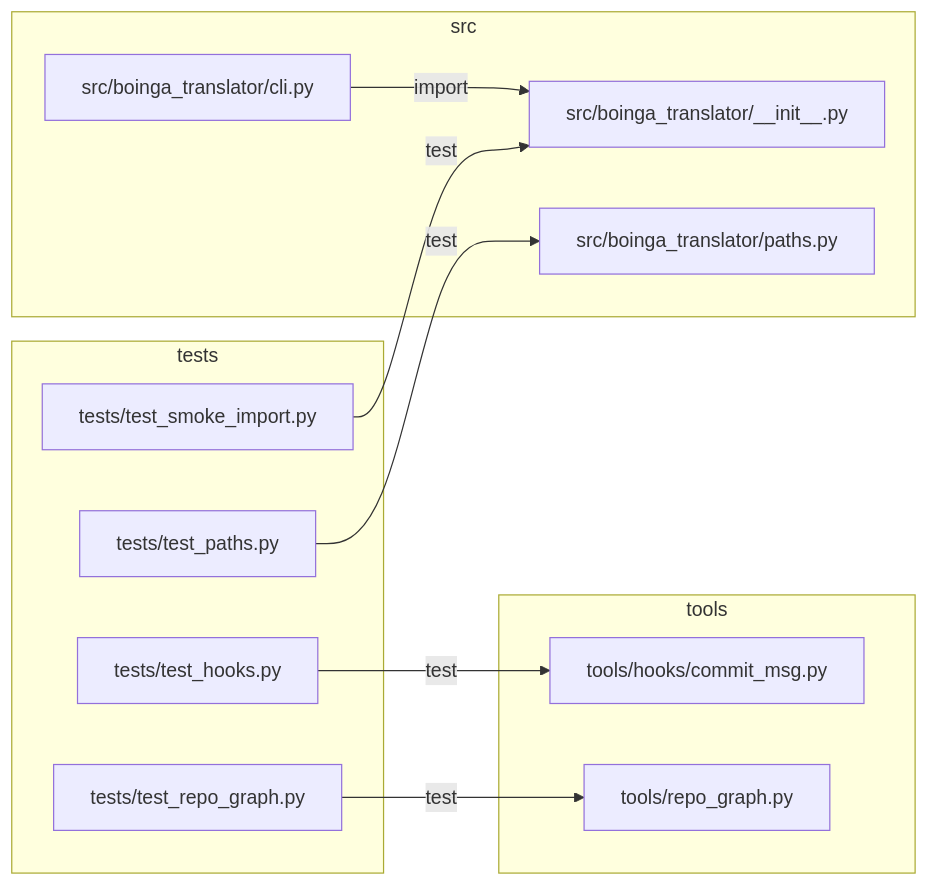
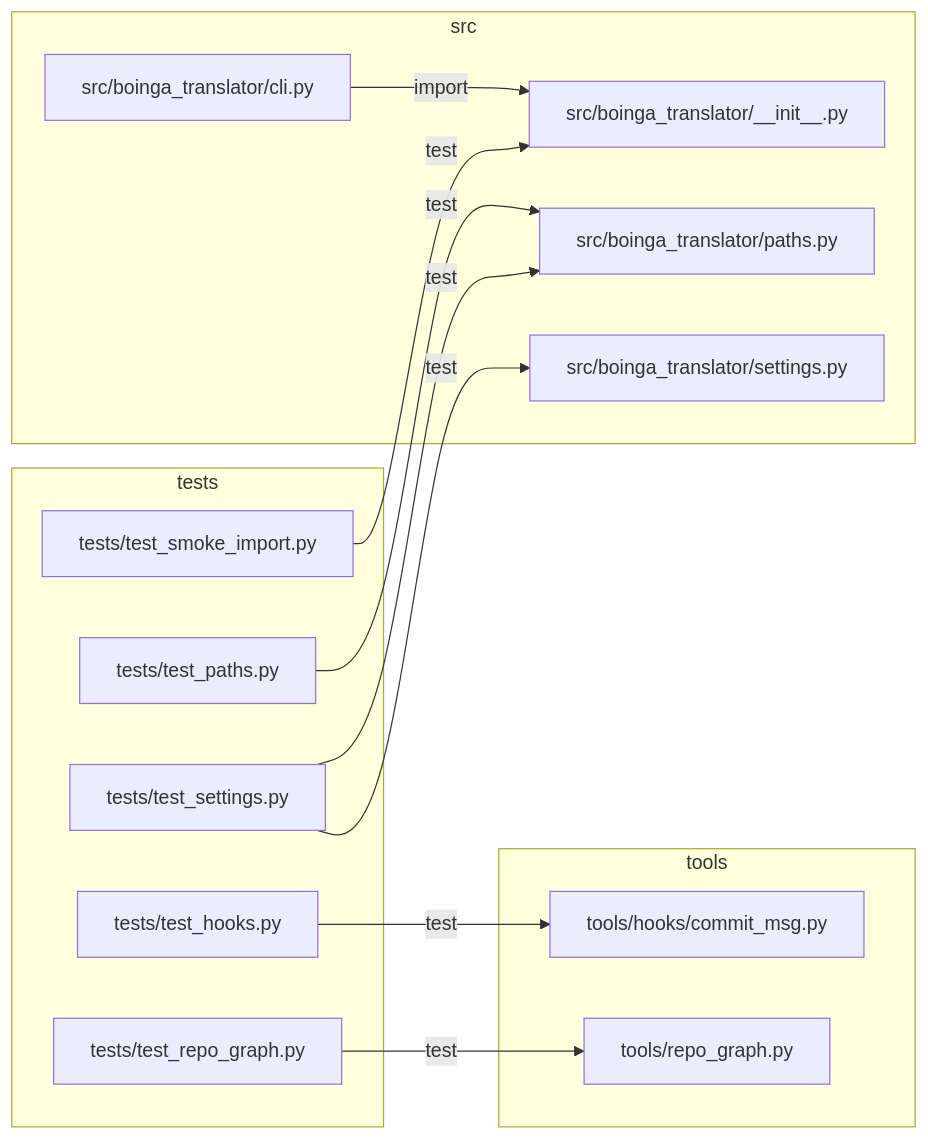
Before and after one commit to asparagusD/boinga-translator: the diagram in docs/REPO_GRAPH.md, drawn with Mermaid. The commit also changed other lines of this file and 5 other files, not shown here.

````diff
--- a/docs/REPO_GRAPH.md
+++ b/docs/REPO_GRAPH.md
@@ -55,23 +57,27 @@
 ```mermaid
 graph LR
   subgraph sg_src["src"]
     n_src_boinga_translator___init___py["src/boinga_translator/__init__.py"]
     n_src_boinga_translator_cli_py["src/boinga_translator/cli.py"]
     n_src_boinga_translator_paths_py["src/boinga_translator/paths.py"]
+    n_src_boinga_translator_settings_py["src/boinga_translator/settings.py"]
   end
   subgraph sg_tests["tests"]
     n_tests_test_hooks_py["tests/test_hooks.py"]
     n_tests_test_paths_py["tests/test_paths.py"]
     n_tests_test_repo_graph_py["tests/test_repo_graph.py"]
+    n_tests_test_settings_py["tests/test_settings.py"]
     n_tests_test_smoke_import_py["tests/test_smoke_import.py"]
   end
   subgraph sg_tools["tools"]
     n_tools_hooks_commit_msg_py["tools/hooks/commit_msg.py"]
     n_tools_repo_graph_py["tools/repo_graph.py"]
   end
   n_src_boinga_translator_cli_py -->|import| n_src_boinga_translator___init___py
   n_tests_test_hooks_py -->|test| n_tools_hooks_commit_msg_py
   n_tests_test_paths_py -->|test| n_src_boinga_translator_paths_py
   n_tests_test_repo_graph_py -->|test| n_tools_repo_graph_py
+  n_tests_test_settings_py -->|test| n_src_boinga_translator_paths_py
+  n_tests_test_settings_py -->|test| n_src_boinga_translator_settings_py
   n_tests_test_smoke_import_py -->|test| n_src_boinga_translator___init___py
 ```
````
